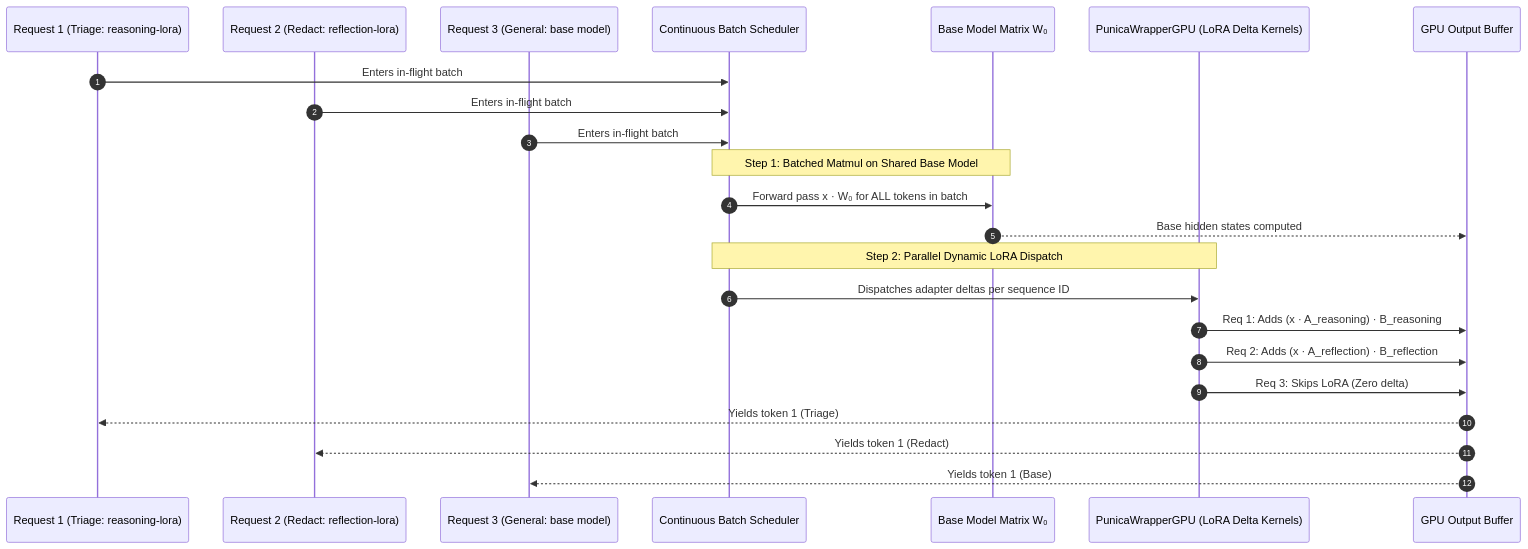
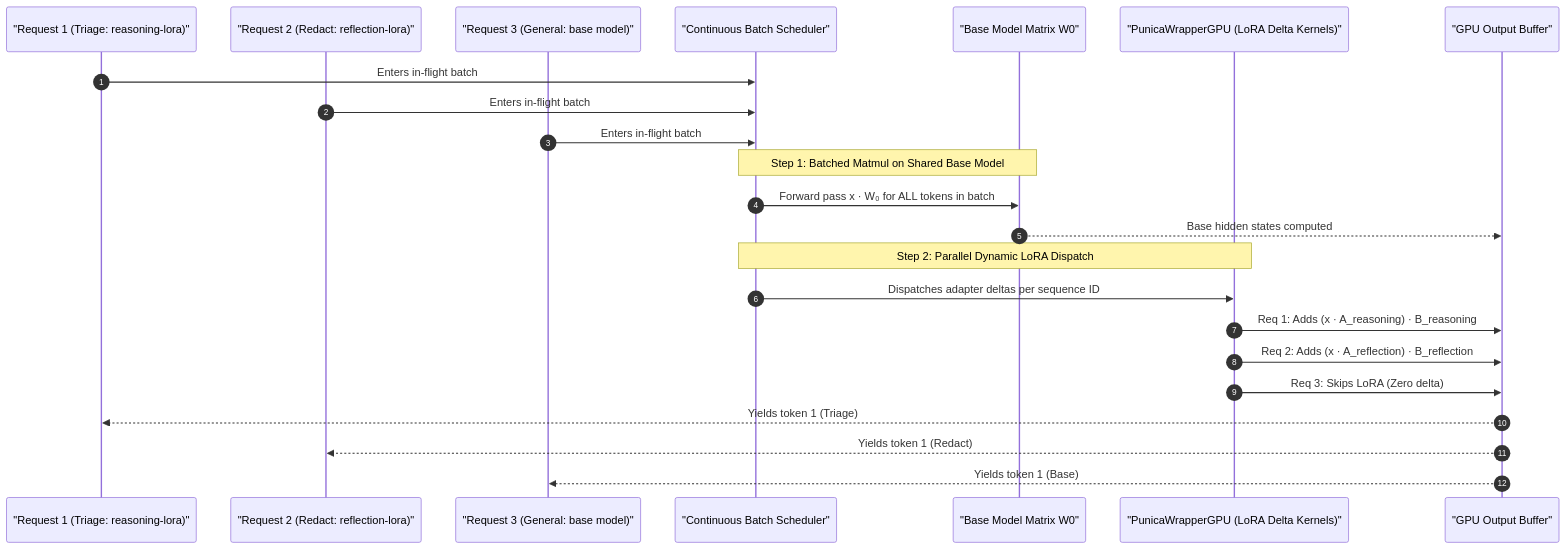
One commit to savyasachi6/llm-serving-platform changed the first of 2 diagrams in docs/architecture/multi_lora_and_heterogeneous_serving_explained.md. Above: the diagram before and after it, drawn with Mermaid. The commit also changed other lines of this file and 68 other files, not shown here.

````diff
--- a/docs/architecture/multi_lora_and_heterogeneous_serving_explained.md
+++ b/docs/architecture/multi_lora_and_heterogeneous_serving_explained.md
@@ -59,29 +59,29 @@
 ```mermaid
 sequenceDiagram
     autonumber
-    participant Req1 as Request 1 (Triage: reasoning-lora)
-    participant Req2 as Request 2 (Redact: reflection-lora)
-    participant Req3 as Request 3 (General: base model)
-    participant Batcher as Continuous Batch Scheduler
-    participant BaseMatmul as Base Model Matrix W₀
-    participant Punica as PunicaWrapperGPU (LoRA Delta Kernels)
-    participant GPU as GPU Output Buffer
+    participant Req1 as "Request 1 (Triage: reasoning-lora)"
+    participant Req2 as "Request 2 (Redact: reflection-lora)"
+    participant Req3 as "Request 3 (General: base model)"
+    participant Batcher as "Continuous Batch Scheduler"
+    participant BaseMatmul as "Base Model Matrix W0"
+    participant Punica as "PunicaWrapperGPU (LoRA Delta Kernels)"
+    participant GPU as "GPU Output Buffer"
 
     Req1->>Batcher: Enters in-flight batch
     Req2->>Batcher: Enters in-flight batch
     Req3->>Batcher: Enters in-flight batch
 
     Note over Batcher,BaseMatmul: Step 1: Batched Matmul on Shared Base Model
     Batcher->>BaseMatmul: Forward pass x · W₀ for ALL tokens in batch
     BaseMatmul-->>GPU: Base hidden states computed
 
     Note over Batcher,Punica: Step 2: Parallel Dynamic LoRA Dispatch
     Batcher->>Punica: Dispatches adapter deltas per sequence ID
     Punica->>GPU: Req 1: Adds (x · A_reasoning) · B_reasoning
     Punica->>GPU: Req 2: Adds (x · A_reflection) · B_reflection
     Punica->>GPU: Req 3: Skips LoRA (Zero delta)
 
     GPU-->>Req1: Yields token 1 (Triage)
     GPU-->>Req2: Yields token 1 (Redact)
     GPU-->>Req3: Yields token 1 (Base)
 ```
````
